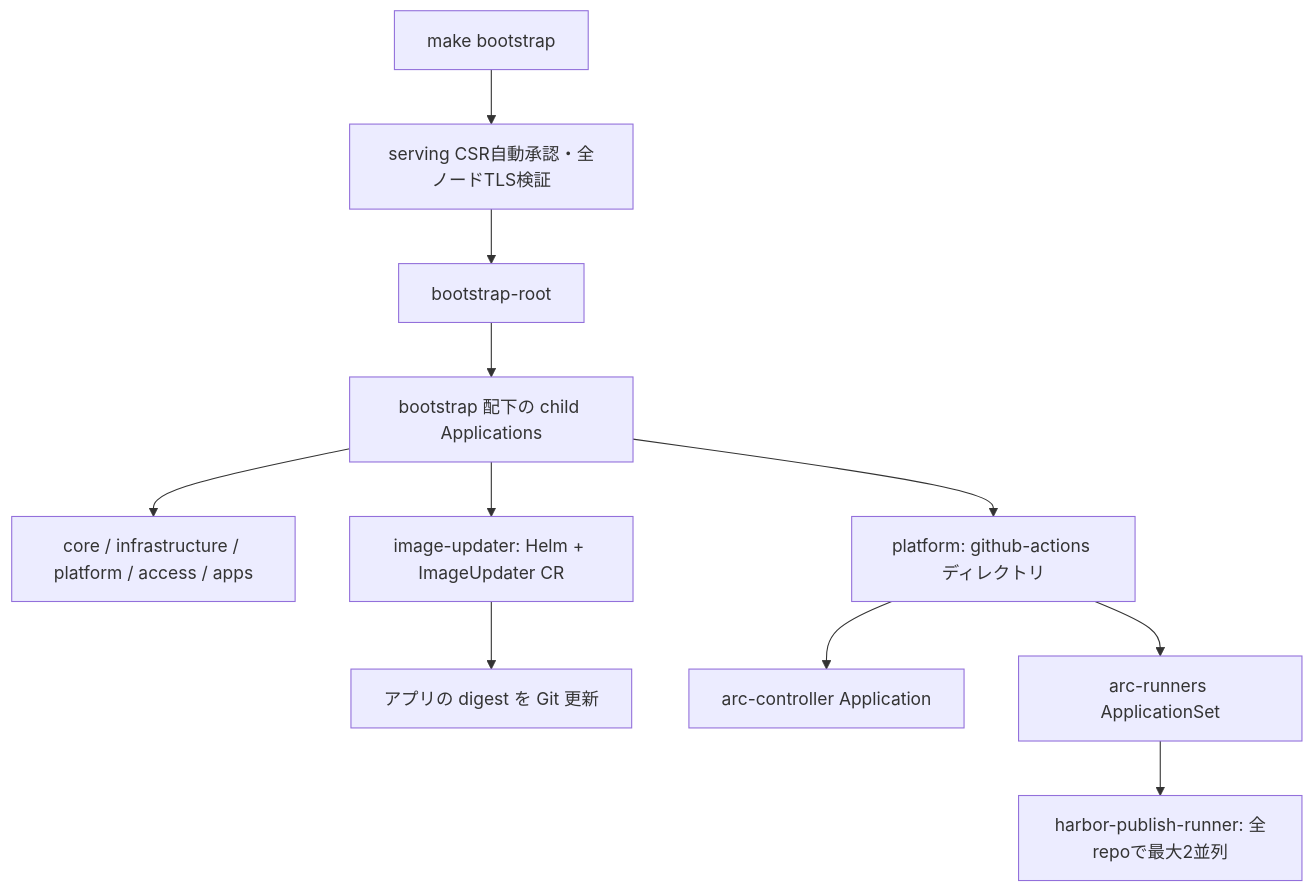
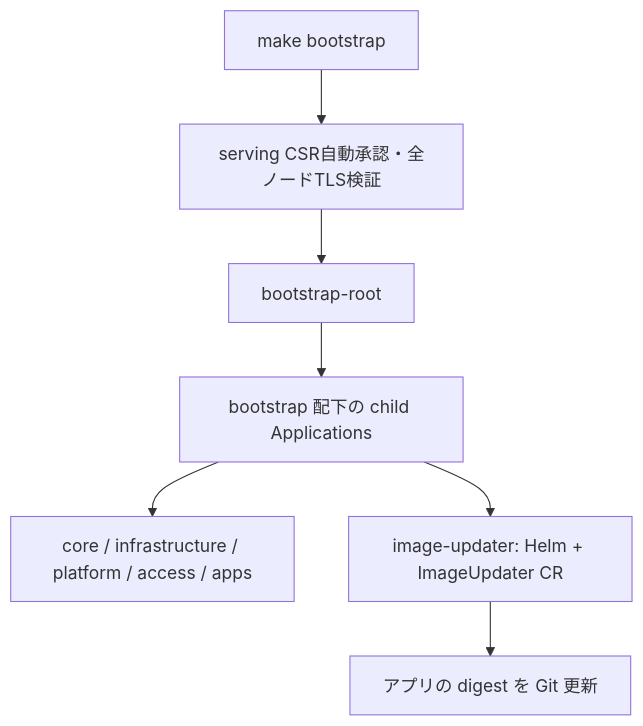
Before and after one commit to home-lab-ksera/home-lab-k8s: the diagram in docs/diagrams/app-of-apps-sync-wave.md, drawn with Mermaid. The commit also changed other lines of this file and 61 other files, not shown here.

````diff
--- a/docs/diagrams/app-of-apps-sync-wave.md
+++ b/docs/diagrams/app-of-apps-sync-wave.md
@@ -9,13 +9,9 @@
 ```mermaid
 flowchart TD
   Bootstrap[make bootstrap] --> Serving[serving CSR自動承認・全ノードTLS検証]
   Serving --> Root[bootstrap-root]
   Root --> Child[bootstrap 配下の child Applications]
   Child --> Workload[core / infrastructure / platform / access / apps]
-  Child --> Platform[platform: github-actions ディレクトリ]
   Child --> Updater[image-updater: Helm + ImageUpdater CR]
   Updater --> Git[アプリの digest を Git 更新]
-  Platform --> Controller[arc-controller Application]
-  Platform --> AppSet[arc-runners ApplicationSet]
-  AppSet --> Runner[harbor-publish-runner: 全repoで最大2並列]
 ```
````
